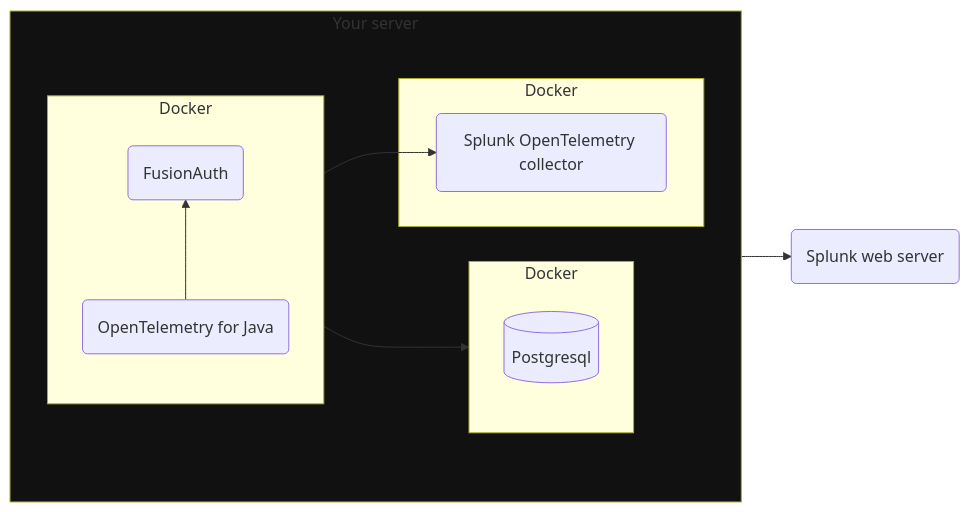
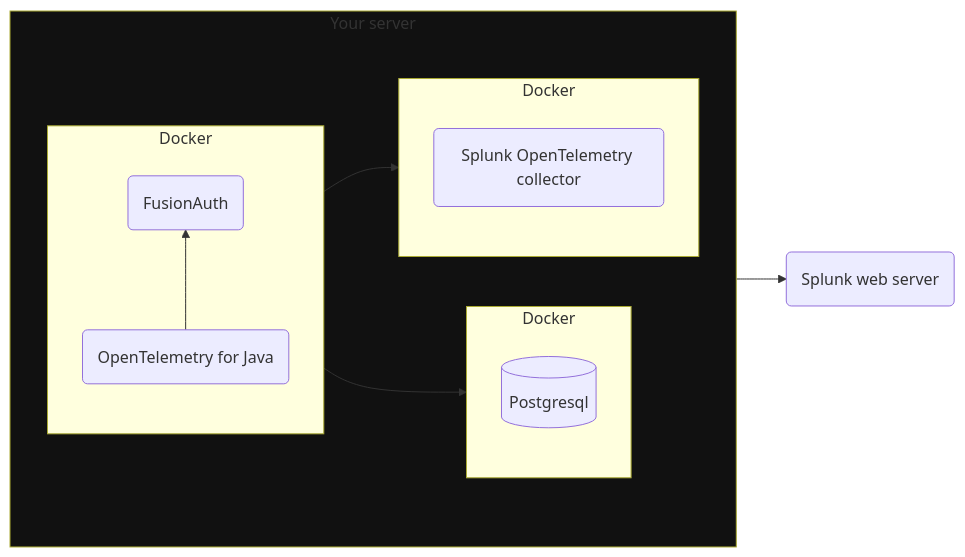
The second of 3 diagrams in astro/src/content/docs/operate/secure-and-monitor/splunk.mdx (FusionAuth/fusionauth-site), drawn with Mermaid before and after one commit. The commit also changed other lines of this file, not shown here.

````diff
--- a/astro/src/content/docs/operate/secure-and-monitor/splunk.mdx
+++ b/astro/src/content/docs/operate/secure-and-monitor/splunk.mdx
@@ -127,20 +127,20 @@
 ```mermaid
 graph LR
   subgraph I[Your server]
     direction LR
     subgraph G[Docker]
       H[(Postgresql)]
     end
     subgraph C[Docker]
       direction BT
       D(OpenTelemetry for Java) --> A(FusionAuth)
     end
     subgraph E[Docker]
       B(Splunk OpenTelemetry collector)
     end
   end
   C --> G
-  C --> B
+  C --> E
   E --> F(Splunk web server)
   style I fill:#111
 ```
````
